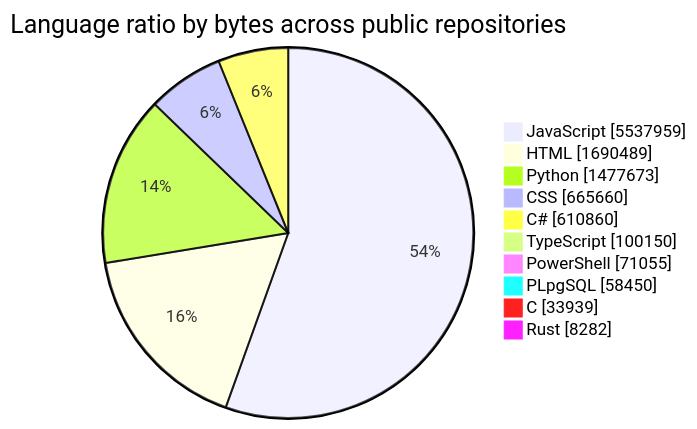
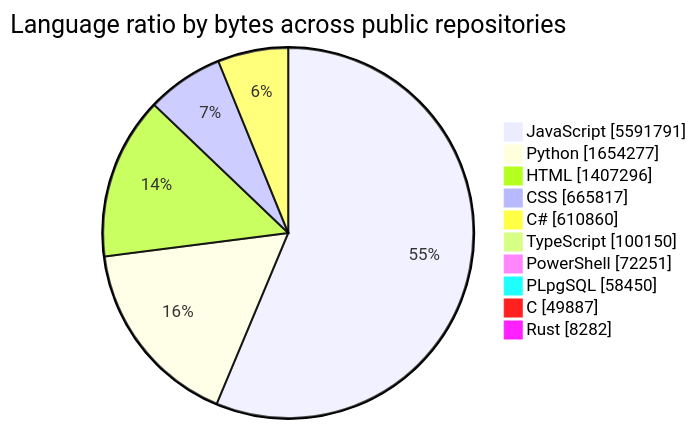
One commit to tchinso/tchinso changed the first of 2 diagrams in README.md. Above: the diagram before and after it, drawn with Mermaid. The commit also changed other lines of this file, not shown here.

````diff
--- a/README.md
+++ b/README.md
@@ -27,14 +27,14 @@
 ```mermaid
 pie showData
     title Language ratio by bytes across public repositories
-    "JavaScript" : 5537959
-    "HTML" : 1690489
-    "Python" : 1477673
-    "CSS" : 665660
+    "JavaScript" : 5591791
+    "Python" : 1654277
+    "HTML" : 1407296
+    "CSS" : 665817
     "C#" : 610860
     "TypeScript" : 100150
-    "PowerShell" : 71055
+    "PowerShell" : 72251
     "PLpgSQL" : 58450
-    "C" : 33939
+    "C" : 49887
     "Rust" : 8282
 ```
````
